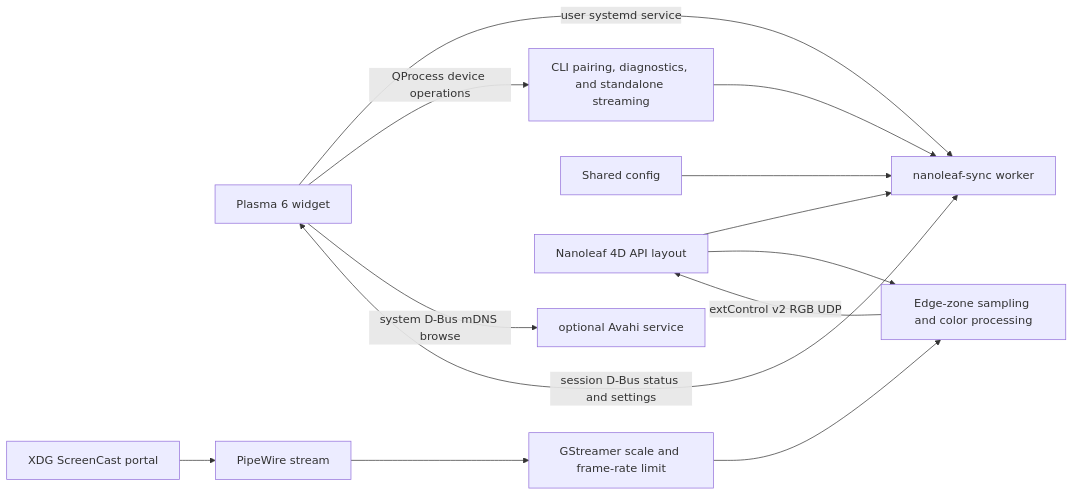
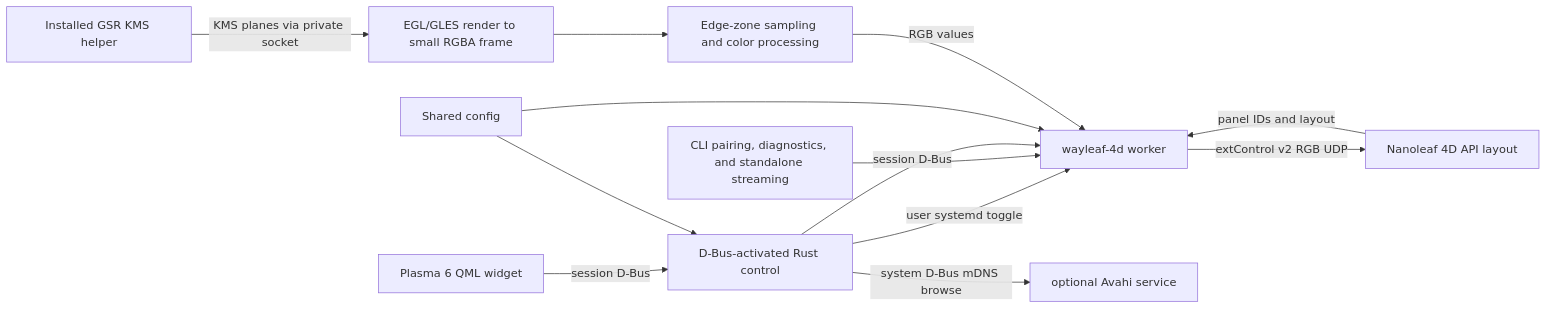
One commit to avitretiak/wayleaf-4d changed the diagram in docs/DEVELOPMENT.md. Above: the diagram before and after it, drawn with Mermaid. The commit also changed other lines of this file and 24 other files, not shown here.

Commit message:
Migrate Wayleaf to Rust KMS capture and fix live settings

````diff
--- a/docs/DEVELOPMENT.md
+++ b/docs/DEVELOPMENT.md
@@ -5,15 +5,15 @@
 ```mermaid
 flowchart LR
-    UI[Plasma 6 widget] -->|user systemd service| Worker[nanoleaf-sync worker]
+    UI[Plasma 6 QML widget] -->|session D-Bus| Control[ D-Bus-activated Rust control ]
+    Control -->|user systemd toggle| Worker[wayleaf-4d worker]
     CLI[CLI pairing, diagnostics, and standalone streaming] --> Worker
-    UI -->|QProcess device operations| CLI
-    UI -->|system D-Bus mDNS browse| Avahi[optional Avahi service]
-    Config[Shared config] --> Worker
-    Device[Nanoleaf 4D API layout] --> Worker
-    Portal[XDG ScreenCast portal] --> PipeWire[PipeWire stream]
-    PipeWire --> Gst[GStreamer scale and frame-rate limit]
-    Gst --> Sample[Edge-zone sampling and color processing]
-    Device --> Sample
-    Sample -->|extControl v2 RGB UDP| Device
-    UI <-->|session D-Bus status and settings| Worker
+    Control -->|session D-Bus| Worker
+    Control -->|system D-Bus mDNS browse| Avahi[optional Avahi service]
+    Config[Shared config] --> Control
+    Config --> Worker
+    Device[Nanoleaf 4D API layout] -->|panel IDs and layout| Worker
+    Helper[Installed GSR KMS helper] -->|KMS planes via private socket| Capture[EGL/GLES render to small RGBA frame]
+    Capture --> Sample[Edge-zone sampling and color processing]
+    Sample -->|RGB values| Worker
+    Worker -->|extControl v2 RGB UDP| Device
 ```
````
